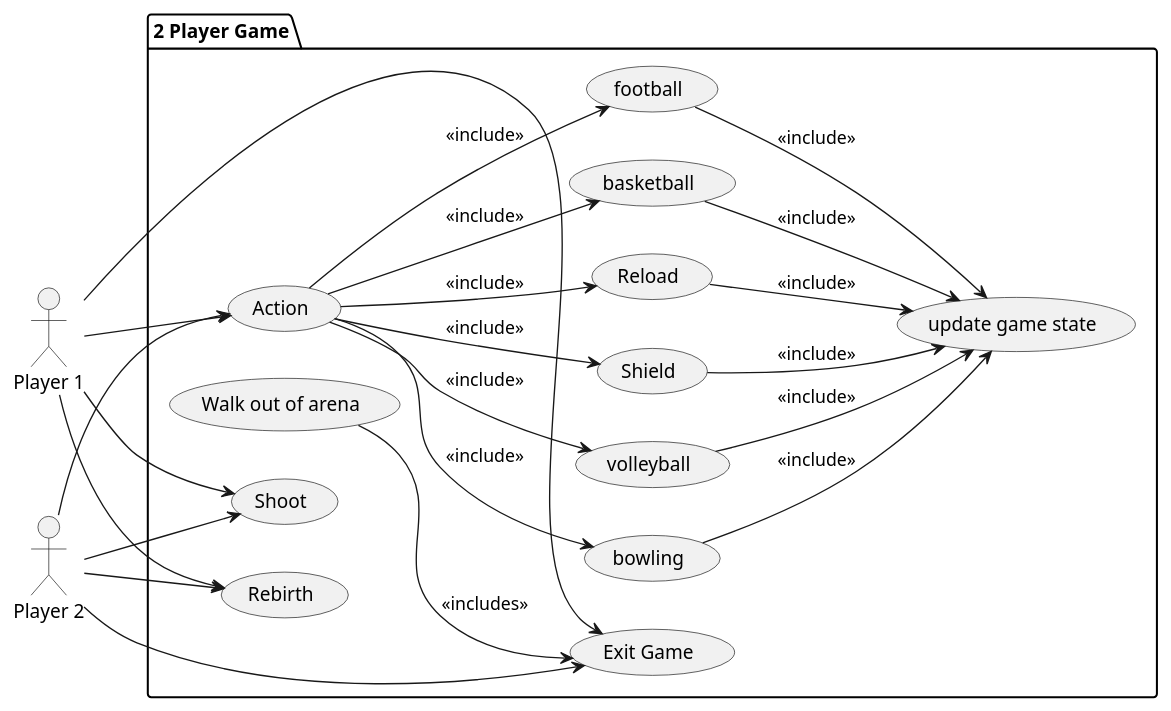
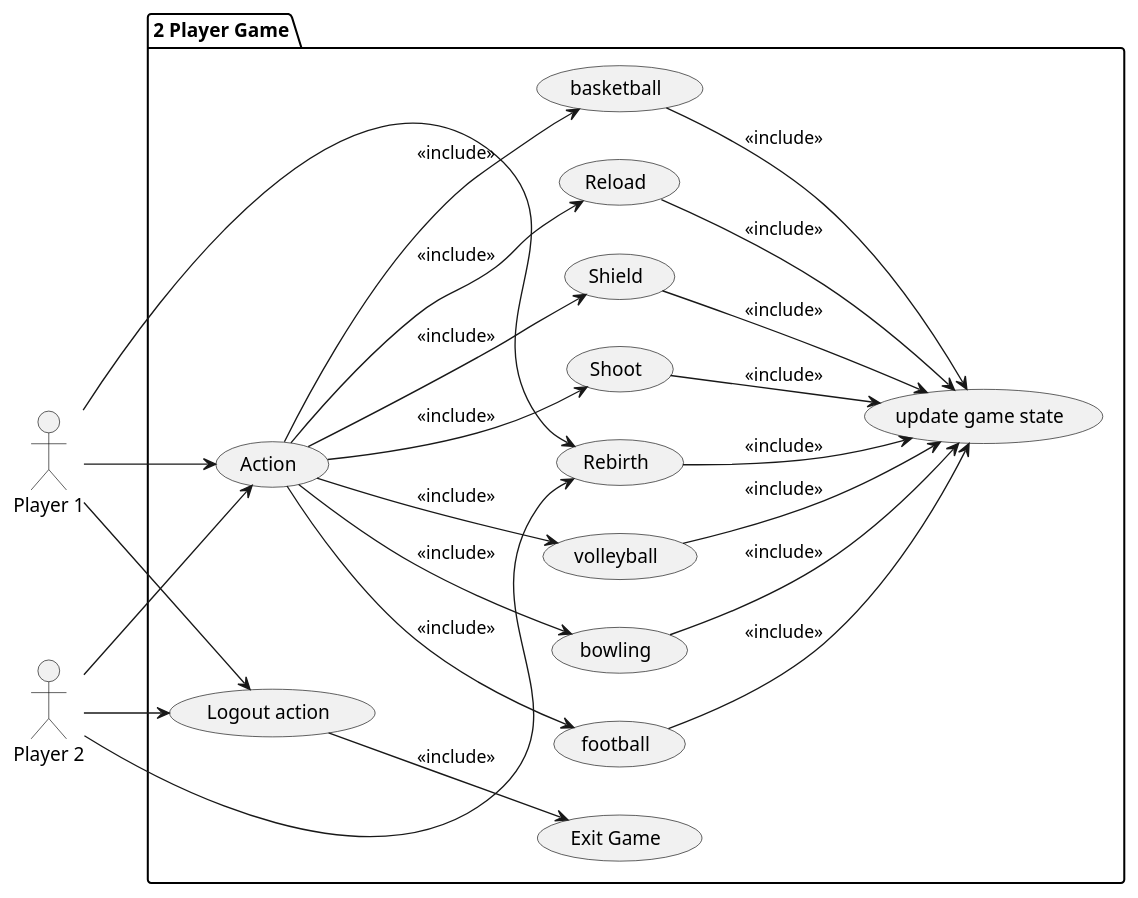
Before and after one commit to J0shuaLeong/CG4002: the diagram in Diagrams/Use Case.puml, drawn with PlantUML.

Commit message:
Update Use Case.puml

```diff
--- a/Diagrams/Use Case.puml
+++ b/Diagrams/Use Case.puml
@@ -1,47 +1,48 @@
 @startuml
 left to right direction
 
 actor "Player 1" as g1
 actor "Player 2" as g2
 
 package "2 Player Game"{
   usecase "Action" as UC1
   usecase "basketball" as bb
   usecase "football" as fb
   usecase "bowling" as bw
   usecase "volleyball" as vb
-  usecase "Walk out of arena" as z
+  usecase "Logout action" as z
   usecase "Shoot" as sh
   usecase "Shield" as shield
   usecase "Reload" as r
   usecase "Exit Game" as exit
   usecase "update game state" as score
   usecase "Rebirth" as rb
 }
 
 g1 --> UC1
 g2 --> UC1
+g1 --> z
+g2 --> z
 g1 --> rb
 g2 --> rb
-g1 --> sh
-g2 --> sh
 
 UC1 --> bb: <<include>>
 UC1 --> fb: <<include>>
 UC1 --> bw: <<include>>
 UC1 --> vb: <<include>>
 UC1 --> shield: <<include>>
 UC1 --> r: <<include>>
+UC1 --> sh: <<include>>
 
-g1 --> exit
-g2 --> exit
-z --> exit: <<includes>>
+z --> exit: <<include>>
 
 bb --> score: <<include>>
 fb --> score: <<include>>
 bw --> score: <<include>>
 vb --> score: <<include>>
 r --> score: <<include>>
 shield --> score: <<include>>
+sh --> score: <<include>>
+rb --> score: <<include>>
 
 @enduml
```
